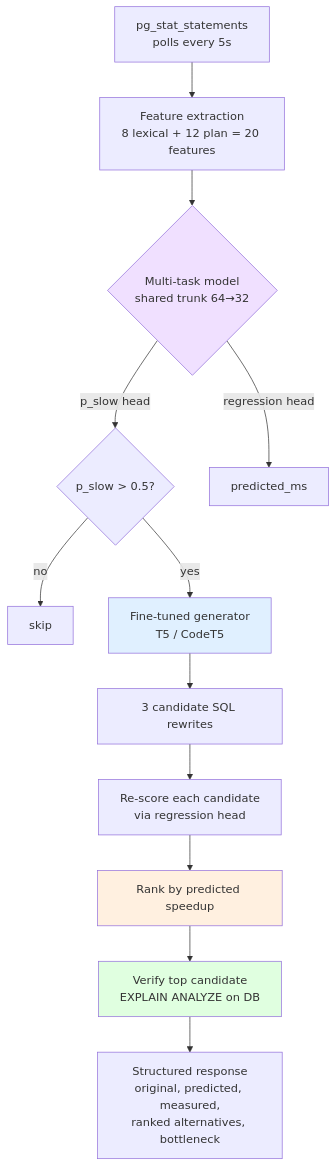
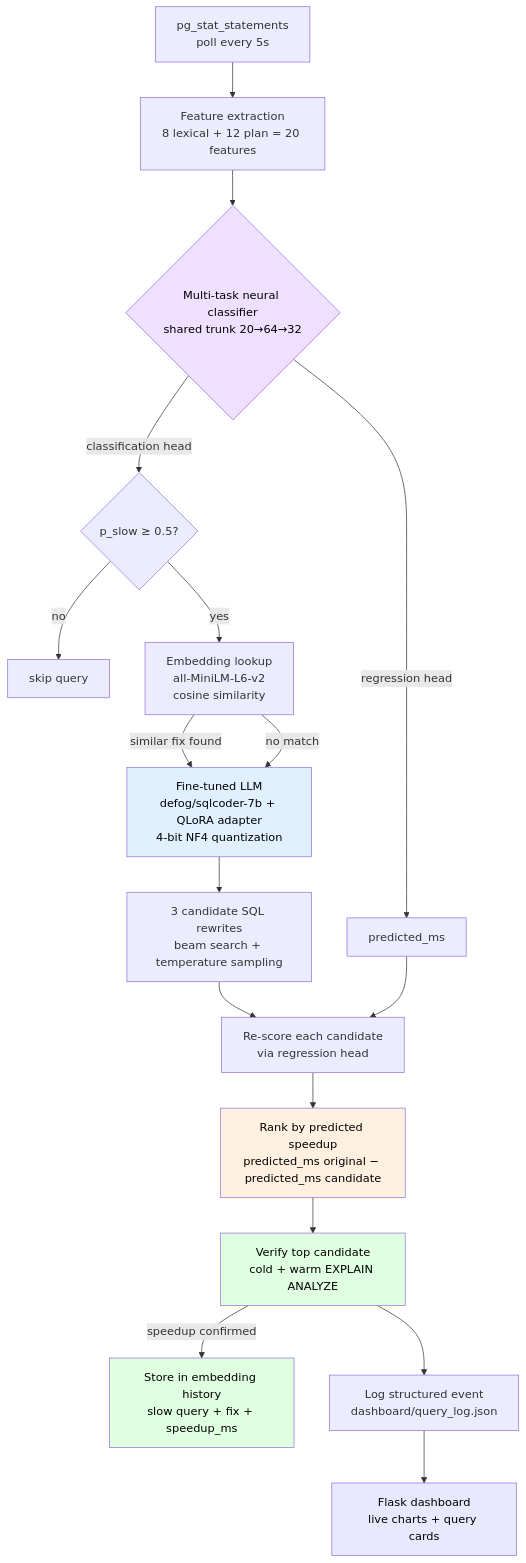
Before and after one commit to LamaAboukhalilUCLL/project_ai: the diagram in architecture_diagram.md, drawn with Mermaid. The commit also changed other lines of this file and 5 other files, not shown here.

Commit message:
fixing dashboard, added new readme, new model doing good

````diff
--- a/architecture_diagram.md
+++ b/architecture_diagram.md
@@ -1,19 +3,27 @@
 ```mermaid
 flowchart TD
-    A[pg_stat_statements<br/>polls every 5s] --> B[Feature extraction<br/>8 lexical + 12 plan = 20 features]
-    B --> C{Multi-task model<br/>shared trunk 64→32}
-    C -->|p_slow head| D{p_slow > 0.5?}
+    A[pg_stat_statements<br/>poll every 5s] --> B[Feature extraction<br/>8 lexical + 12 plan = 20 features]
+    B --> C{Multi-task neural classifier<br/>shared trunk 20→64→32}
+    C -->|classification head| D{p_slow ≥ 0.5?}
     C -->|regression head| H[predicted_ms]
-    D -->|no| Z[skip]
-    D -->|yes| E[Fine-tuned generator<br/>T5 / CodeT5]
-    E --> F[3 candidate SQL rewrites]
-    F --> G[Re-score each candidate<br/>via regression head]
-    G --> I[Rank by predicted speedup]
-    I --> J[Verify top candidate<br/>EXPLAIN ANALYZE on DB]
-    J --> K[Structured response<br/>original, predicted, measured,<br/>ranked alternatives, bottleneck]
+    D -->|no| Z[skip query]
+    D -->|yes| E[Embedding lookup<br/>all-MiniLM-L6-v2<br/>cosine similarity]
+    E -->|similar fix found| F
+    E -->|no match| F
+    F[Fine-tuned LLM<br/>defog/sqlcoder-7b + QLoRA adapter<br/>4-bit NF4 quantization]
+    F --> G[3 candidate SQL rewrites<br/>beam search + temperature sampling]
+    G --> I[Re-score each candidate<br/>via regression head]
+    H --> I
+    I --> J[Rank by predicted speedup<br/>predicted_ms original − predicted_ms candidate]
+    J --> K[Verify top candidate<br/>cold + warm EXPLAIN ANALYZE]
+    K -->|speedup confirmed| L[Store in embedding history<br/>slow query + fix + speedup_ms]
+    K --> M[Log structured event<br/>dashboard/query_log.json]
+    M --> N[Flask dashboard<br/>live charts + query cards]
 
-    style C fill:#f0e0ff
-    style E fill:#e0f0ff
-    style I fill:#fff0e0
-    style J fill:#e0ffe0
+    style C fill:#f0e0ff,color:#000
+    style F fill:#e0f0ff,color:#000
+    style J fill:#fff0e0,color:#000
+    style K fill:#e0ffe0,color:#000
+    style L fill:#e0ffe0,color:#000
+    style N fill:#e8e8ff,color:#000
 ```
````
